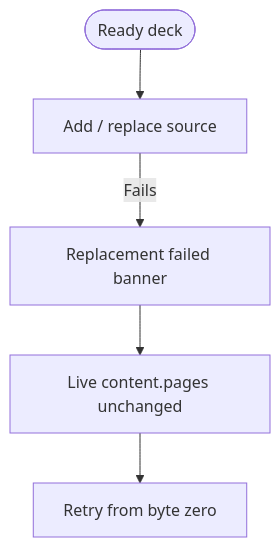
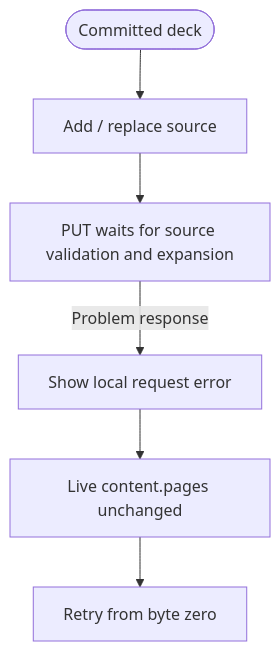
Before and after one commit to xilefmusics/worship_viewer: diagram 56 of 56 in docs/architecture/frontend-user-flows.md, drawn with Mermaid. The commit also changed other lines of this file and 62 other files, not shown here.

````diff
--- a/docs/architecture/frontend-user-flows.md
+++ b/docs/architecture/frontend-user-flows.md
@@ -942,7 +942,8 @@
 ```mermaid
 flowchart TD
-    ready(["Ready deck"]) --> up["Add / replace source"]
-    up -->|Fails| banner["Replacement failed banner"]
-    banner --> keep["Live content.pages unchanged"]
+    ready(["Committed deck"]) --> up["Add / replace source"]
+    up --> process["PUT waits for source validation and expansion"]
+    process -->|Problem response| error["Show local request error"]
+    error --> keep["Live content.pages unchanged"]
     keep --> retry["Retry from byte zero"]
 ```
````
